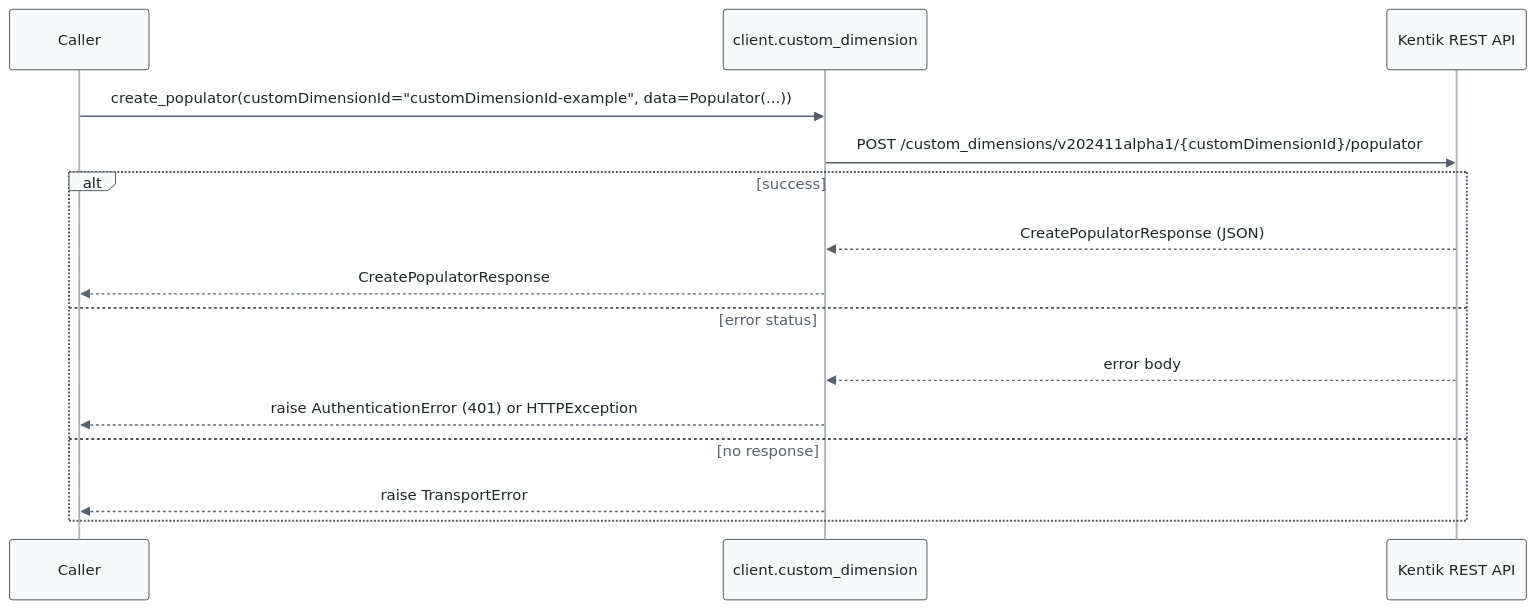
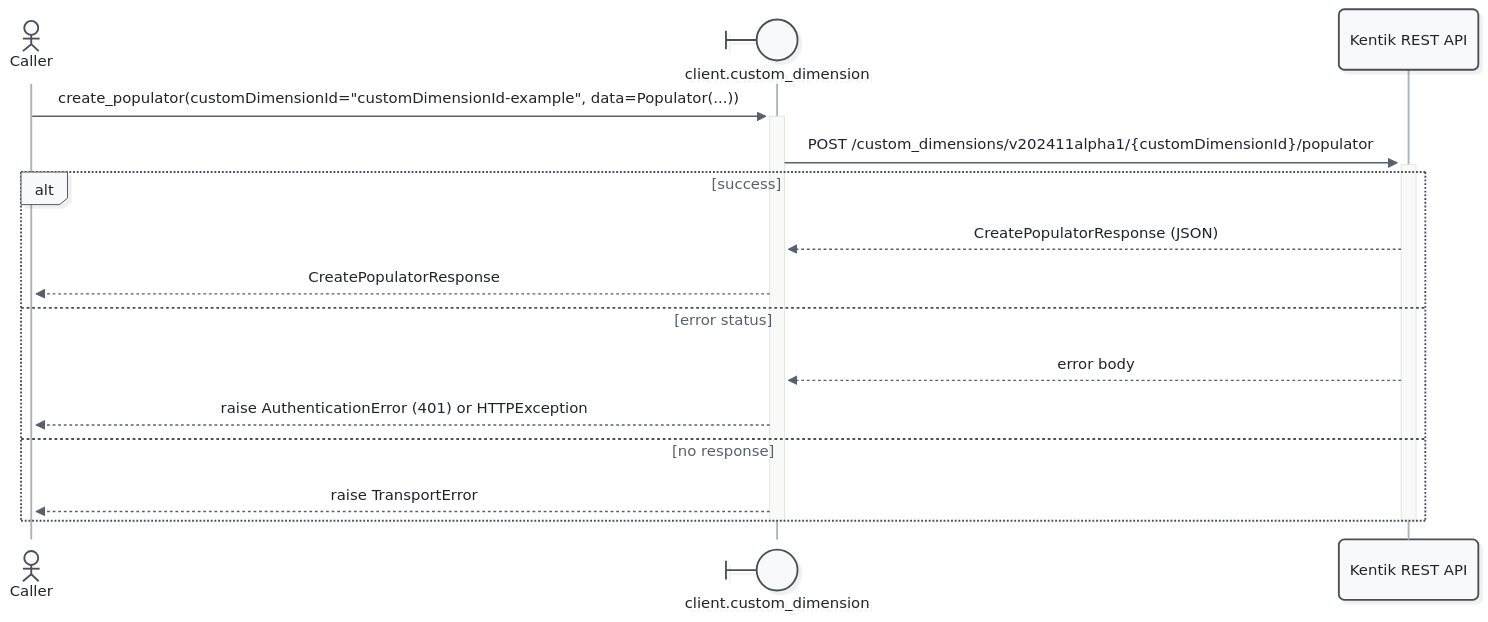
One commit to alexdearaujo/community_sdk_python changed the ninth of 21 diagrams in docs/sphinx/services/custom_dimension.md. Above: the diagram before and after it, drawn with Mermaid. The commit also changed other lines of this file and 52 other files, not shown here.

First line of the commit message:
docs: Mermaid 12 sequence diagrams with participant types and path colors

````diff
--- a/docs/sphinx/services/custom_dimension.md
+++ b/docs/sphinx/services/custom_dimension.md
@@ -340,19 +360,21 @@
 ```mermaid
-%%{init: {"theme": "base", "fontFamily": "ui-monospace, SFMono-Regular, Menlo, monospace", "themeVariables": {"fontFamily": "ui-monospace, SFMono-Regular, Menlo, monospace", "primaryColor": "#f8f9fa", "primaryBorderColor": "#495057", "primaryTextColor": "#212529", "textColor": "#212529", "lineColor": "#77818c", "edgeLabelBackground": "#ffffff", "actorBkg": "#f8f9fa", "actorBorder": "#495057", "actorTextColor": "#212529", "actorLineColor": "#a9b3be", "signalColor": "#57616d", "signalTextColor": "#212529", "labelBoxBkgColor": "#f8f9fa", "labelBoxBorderColor": "#495057", "labelTextColor": "#212529", "loopTextColor": "#57616d", "noteBkgColor": "#fff9db", "noteBorderColor": "#f08c00", "noteTextColor": "#a35a00"}, "flowchart": {"curve": "step", "nodeSpacing": 30, "rankSpacing": 70, "wrappingWidth": 400}}}%%
+%%{init: {"theme": "redux", "look": "neo", "layout": "dagre", "fontFamily": "ui-monospace, SFMono-Regular, Menlo, monospace", "themeVariables": {"fontFamily": "ui-monospace, SFMono-Regular, Menlo, monospace", "primaryColor": "#f8f9fa", "primaryBorderColor": "#495057", "primaryTextColor": "#212529", "textColor": "#212529", "lineColor": "#77818c", "edgeLabelBackground": "#ffffff", "actorBkg": "#f8f9fa", "actorBorder": "#495057", "actorTextColor": "#212529", "actorLineColor": "#a9b3be", "signalColor": "#57616d", "signalTextColor": "#212529", "labelBoxBkgColor": "#f8f9fa", "labelBoxBorderColor": "#495057", "labelTextColor": "#212529", "loopTextColor": "#57616d", "noteBkgColor": "#fff9db", "noteBorderColor": "#f08c00", "noteTextColor": "#a35a00"}, "sequence": {"activationWidth": 16}, "flowchart": {"curve": "step", "nodeSpacing": 30, "rankSpacing": 70, "wrappingWidth": 400}}}%%
 sequenceDiagram
-    participant C as Caller
-    participant W as client.custom_dimension
+    actor C as Caller
+    participant W@{ "type": "boundary" } as client.custom_dimension
     participant API as Kentik REST API
 
-    C->>W: create_populator(customDimensionId="customDimensionId-example", data=Populator(...))
-    W->>API: POST /custom_dimensions/v202411alpha1/{customDimensionId}/populator
+    C->>+W: create_populator(customDimensionId="customDimensionId-example", data=Populator(...))
+    W->>+API: POST /custom_dimensions/v202411alpha1/{customDimensionId}/populator
     alt success
         API-->>W: CreatePopulatorResponse (JSON)
         W-->>C: CreatePopulatorResponse
     else error status
         API-->>W: error body
         W-->>C: raise AuthenticationError (401) or HTTPException
     else no response
         W-->>C: raise TransportError
     end
+    deactivate API
+    deactivate W
 ```
````
